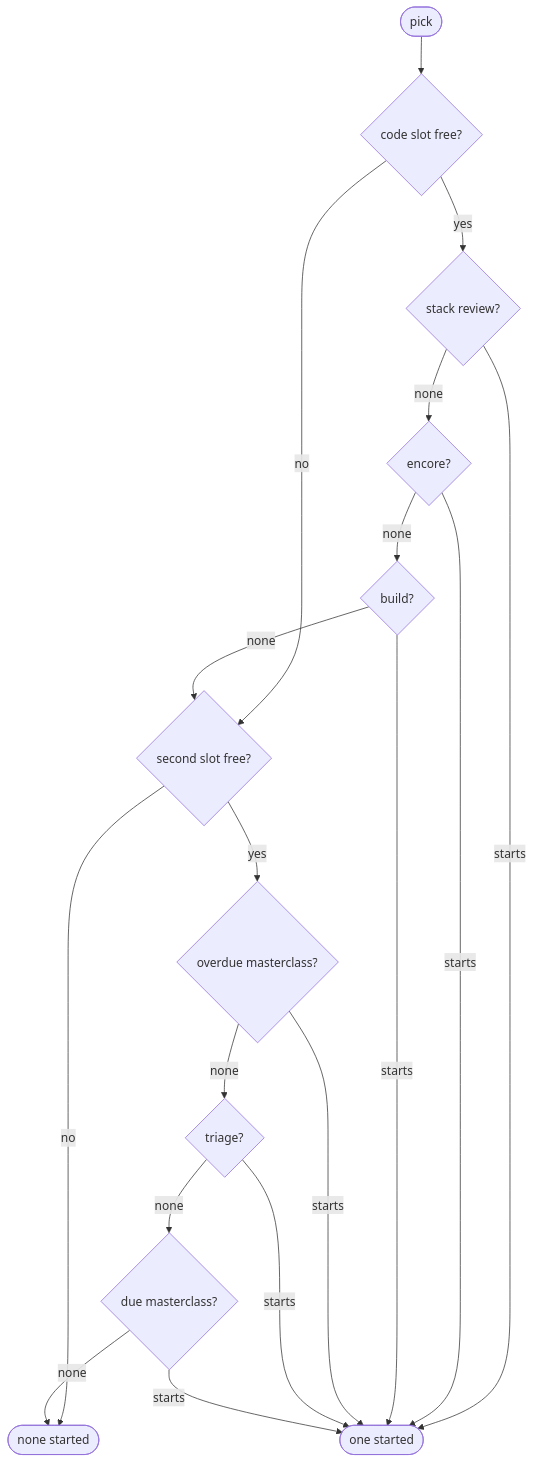
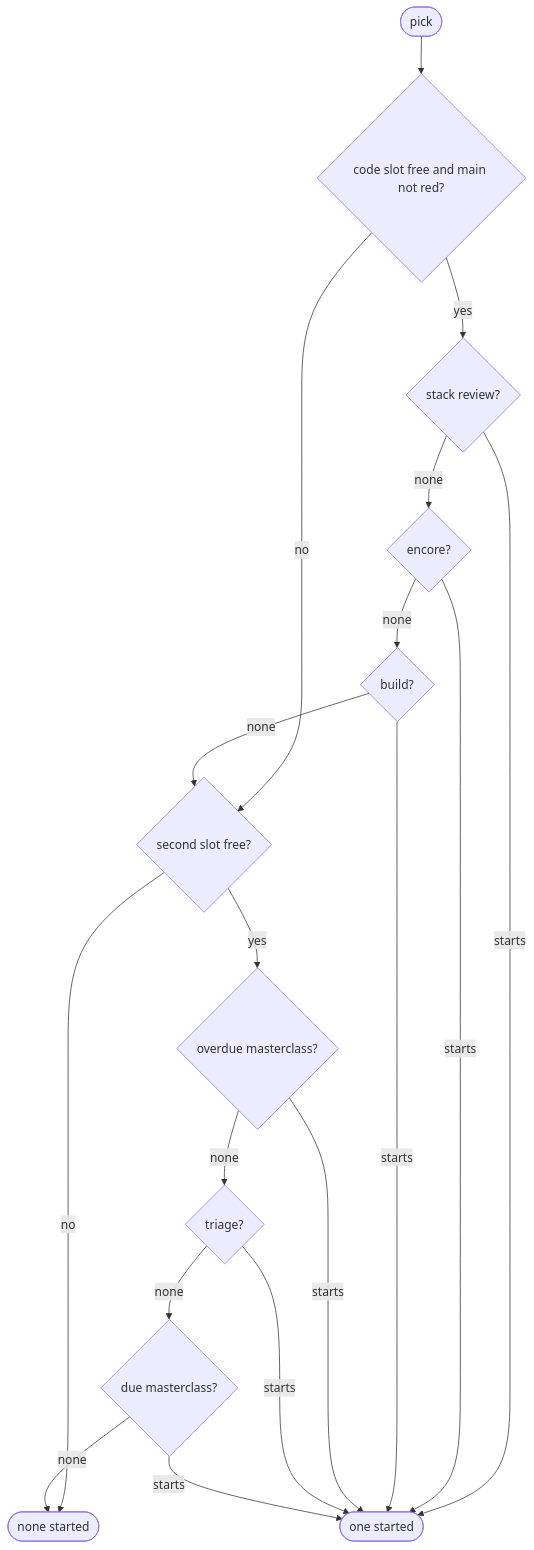
One commit to dvalnn/maestro changed the fourth of 9 diagrams in docs/agents/factory.md. Above: the diagram before and after it, drawn with Mermaid. The commit also changed other lines of this file and 5 other files, not shown here.

````diff
--- a/docs/agents/factory.md
+++ b/docs/agents/factory.md
@@ -119,20 +119,20 @@
 ```mermaid
 flowchart TD
-    P(["pick"]) --> C{"code slot free?"}
+    P(["pick"]) --> C{"code slot free and main not red?"}
     C -->|yes| SR{"stack review?"}
     C -->|no| Q
     SR -->|none| E{"encore?"}
     E -->|none| SL{"build?"}
     SL -->|none| Q{"second slot free?"}
     Q -->|yes| MO{"overdue masterclass?"}
     Q -->|no| X(["none started"])
     MO -->|none| TR{"triage?"}
     TR -->|none| MC{"due masterclass?"}
     MC -->|none| X
     SR -->|starts| S(["one started"])
     E -->|starts| S
     SL -->|starts| S
     MO -->|starts| S
     TR -->|starts| S
     MC -->|starts| S
 ```
````
